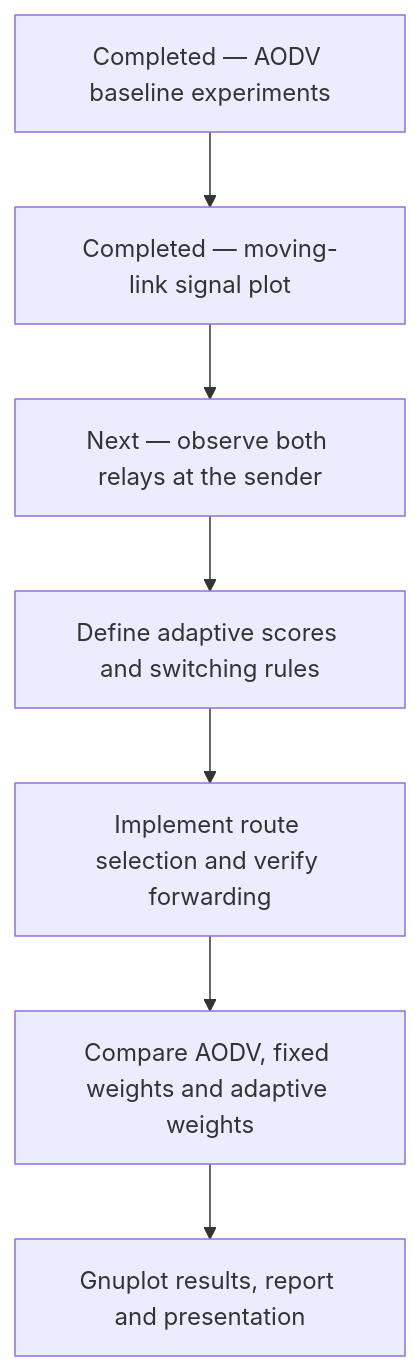
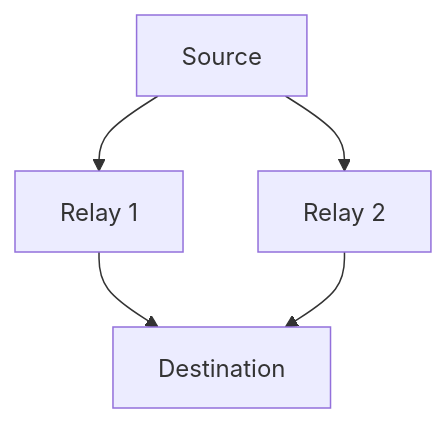
Before and after one commit to Sumit-Bhosle/Adaptive-Routing-in-MANETs: the second of 2 diagrams in README.md, drawn with Mermaid. The commit also changed other lines of this file, not shown here.

````diff
--- a/README.md
+++ b/README.md
@@ -154,9 +140,7 @@
 ```mermaid
 flowchart TD
-    A["Completed — AODV baseline experiments"] --> B["Completed — moving-link signal plot"]
-    B --> C["Next — observe both relays at the sender"]
-    C --> D["Define adaptive scores and switching rules"]
-    D --> E["Implement route selection and verify forwarding"]
-    E --> F["Compare AODV, fixed weights and adaptive weights"]
-    F --> G["Gnuplot results, report and presentation"]
+    S["Source"] --> A["Relay 1"]
+    S --> B["Relay 2"]
+    A --> D["Destination"]
+    B --> D
 ```
````
